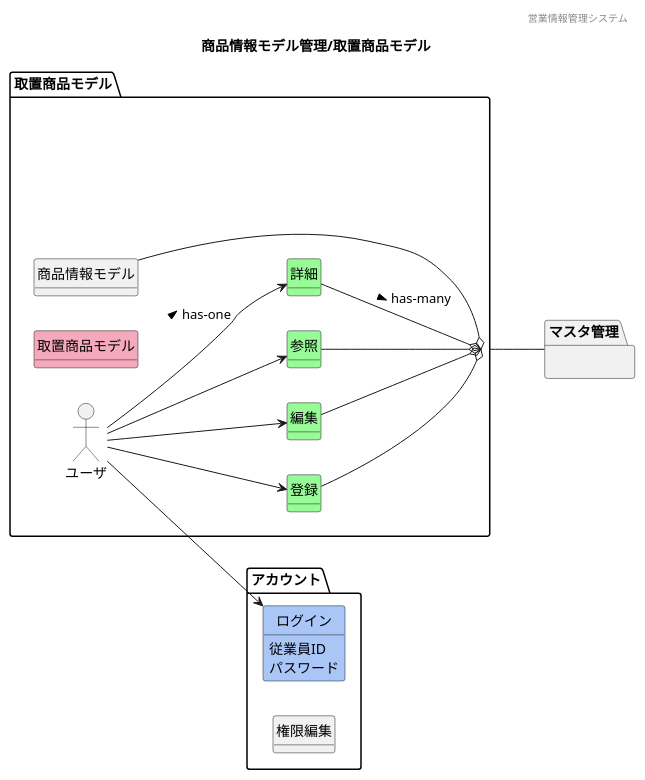
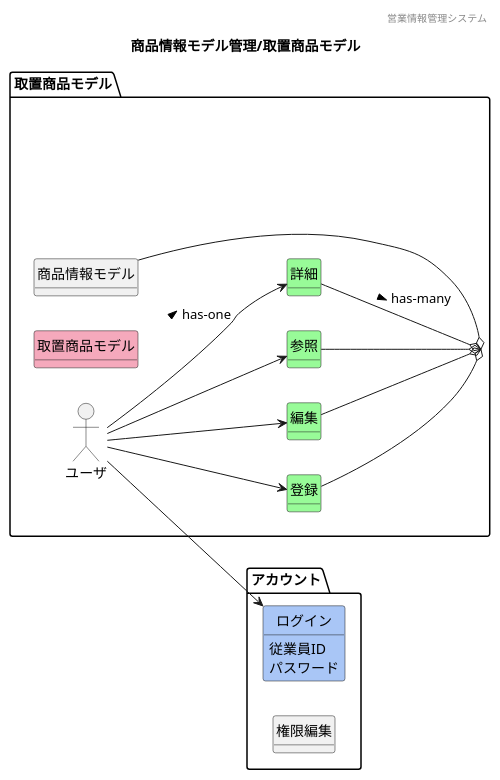
The diagram in 各種設計書/1ドメインモデル図/商品情報管理/F09取置予約.plantuml (HaruShim/Sotuken), drawn with PlantUML before and after one commit. The commit also changed 7 other files, not shown here.

```diff
--- a/各種設計書/1ドメインモデル図/商品情報管理/F09取置予約.plantuml
+++ b/各種設計書/1ドメインモデル図/商品情報管理/F09取置予約.plantuml
@@ -1,73 +1,69 @@
 @startuml images/商品情報モデル管理/取置商品モデル
 ' ヘッダー
 header 営業情報管理システム
 ' タイトル
 title 商品情報モデル管理/取置商品モデル
 ' 
 hide circle
 ' 
 hide method
 left to right direction
 
 package "アカウント"{
     class "ログイン" #A9C6F6
     class "権限編集"
 }
 
 package "取置商品モデル" {
     'ユーザや外部システム
     mix_actor "ユーザ"
     class "登録" #98fb98
     class "編集" #98fb98
     class "参照" #98fb98
     class "詳細" #98fb98
     class "取置商品モデル" #F5A9BC
     class "商品情報モデル"
 }
-    package "マスタ管理"{
-        ' package ""{}
-        ' package ""{}
-        ' package ""{}
-        }
-
-
-    ' class "" #F5A9BC
-    ' class "" #ffd700
+    ' package "マスタ管理"{
+    '     ' package ""{}
+    '     ' package ""{}
+    '     ' package ""{}
+    '     }
 
     'モデル同士の関係
     ユーザ --> 参照
     ユーザ --> 登録
     ユーザ --> 編集
     ユーザ --> 詳細 : > has-one
     ユーザ --> ログイン
     参照 --o 取置商品モデル
     登録 --o 取置商品モデル
     編集 --o 取置商品モデル
     詳細 --o 取置商品モデル : > has-many
     取置商品モデル o-- 商品情報モデル
-    取置商品モデル -down- マスタ管理
+    ' 取置商品モデル -down- マスタ管理
 
     'ドメインクラスの属性
     取置商品モデル : 取置商品ID
     取置商品モデル : 商品コード
     取置商品モデル : 店舗ID
     取置商品モデル : 予約者氏名
     取置商品モデル : 連絡先
     取置商品モデル : 予約日時
     取置商品モデル : 最終更新日時
 
 
     ' 商品情報モデル : 型番
     ' 商品情報モデル : 商品コード
     ' 商品情報モデル : JANコード
     ' 商品情報モデル : 商品画像
     ' 商品情報モデル : 在庫場所
     ' 商品情報モデル : カテゴリ
     ' 商品情報モデル : 仕入価格
     ログイン : 従業員ID
     ログイン : パスワード
 
 
 
 
 @enduml
```
